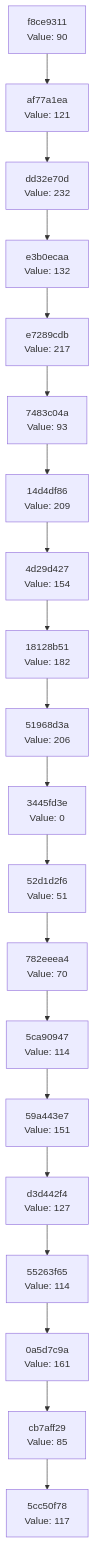
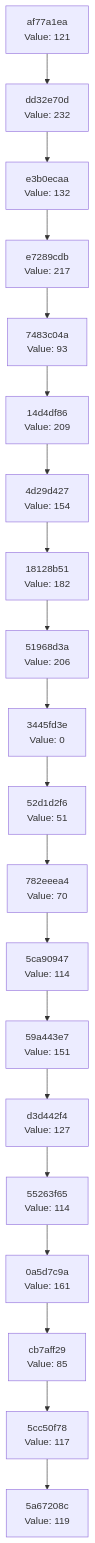
One commit to Abhisheksinha1506/hash-chain-evolver changed the diagram in docs/CHAIN_VISUALIZATION.md. Above: the diagram before and after it, drawn with Mermaid. The commit also changed 3 other files, not shown here.

````diff
--- a/docs/CHAIN_VISUALIZATION.md
+++ b/docs/CHAIN_VISUALIZATION.md
@@ -3,42 +3,42 @@
 ```mermaid
 graph TD
-    C0["5cc50f78<br/>Value: 117"]
-    C1["cb7aff29<br/>Value: 85"]
+    C0["5a67208c<br/>Value: 119"]
+    C1["5cc50f78<br/>Value: 117"]
     C1 --> C0
-    C2["0a5d7c9a<br/>Value: 161"]
+    C2["cb7aff29<br/>Value: 85"]
     C2 --> C1
-    C3["55263f65<br/>Value: 114"]
+    C3["0a5d7c9a<br/>Value: 161"]
     C3 --> C2
-    C4["d3d442f4<br/>Value: 127"]
+    C4["55263f65<br/>Value: 114"]
     C4 --> C3
-    C5["59a443e7<br/>Value: 151"]
+    C5["d3d442f4<br/>Value: 127"]
     C5 --> C4
-    C6["5ca90947<br/>Value: 114"]
+    C6["59a443e7<br/>Value: 151"]
     C6 --> C5
-    C7["782eeea4<br/>Value: 70"]
+    C7["5ca90947<br/>Value: 114"]
     C7 --> C6
-    C8["52d1d2f6<br/>Value: 51"]
+    C8["782eeea4<br/>Value: 70"]
     C8 --> C7
-    C9["3445fd3e<br/>Value: 0"]
+    C9["52d1d2f6<br/>Value: 51"]
     C9 --> C8
-    C10["51968d3a<br/>Value: 206"]
+    C10["3445fd3e<br/>Value: 0"]
     C10 --> C9
-    C11["18128b51<br/>Value: 182"]
+    C11["51968d3a<br/>Value: 206"]
     C11 --> C10
-    C12["4d29d427<br/>Value: 154"]
+    C12["18128b51<br/>Value: 182"]
     C12 --> C11
-    C13["14d4df86<br/>Value: 209"]
+    C13["4d29d427<br/>Value: 154"]
     C13 --> C12
-    C14["7483c04a<br/>Value: 93"]
+    C14["14d4df86<br/>Value: 209"]
     C14 --> C13
-    C15["e7289cdb<br/>Value: 217"]
+    C15["7483c04a<br/>Value: 93"]
     C15 --> C14
-    C16["e3b0ecaa<br/>Value: 132"]
+    C16["e7289cdb<br/>Value: 217"]
     C16 --> C15
-    C17["dd32e70d<br/>Value: 232"]
+    C17["e3b0ecaa<br/>Value: 132"]
     C17 --> C16
-    C18["af77a1ea<br/>Value: 121"]
+    C18["dd32e70d<br/>Value: 232"]
     C18 --> C17
-    C19["f8ce9311<br/>Value: 90"]
+    C19["af77a1ea<br/>Value: 121"]
     C19 --> C18
 ```
````
